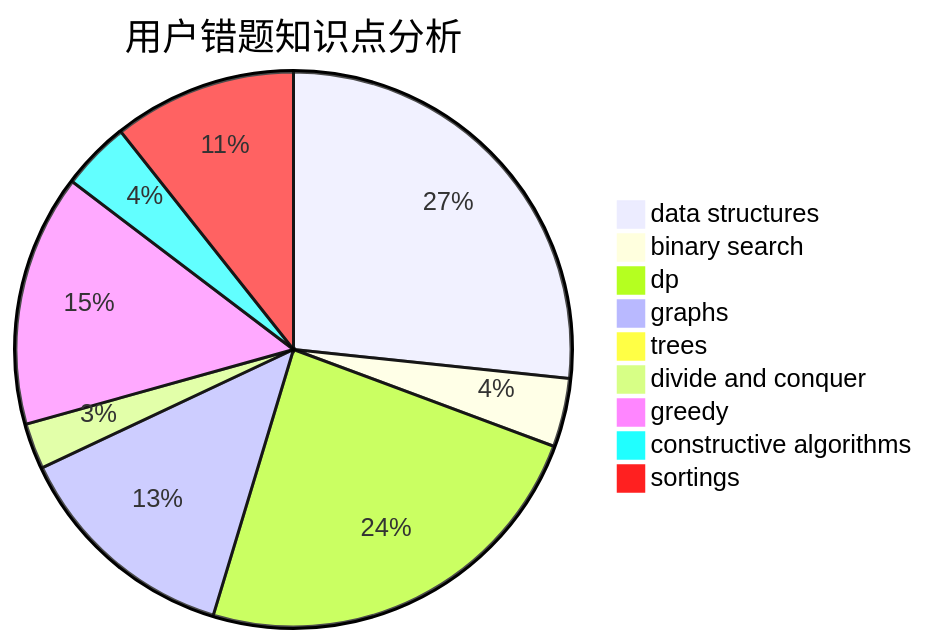
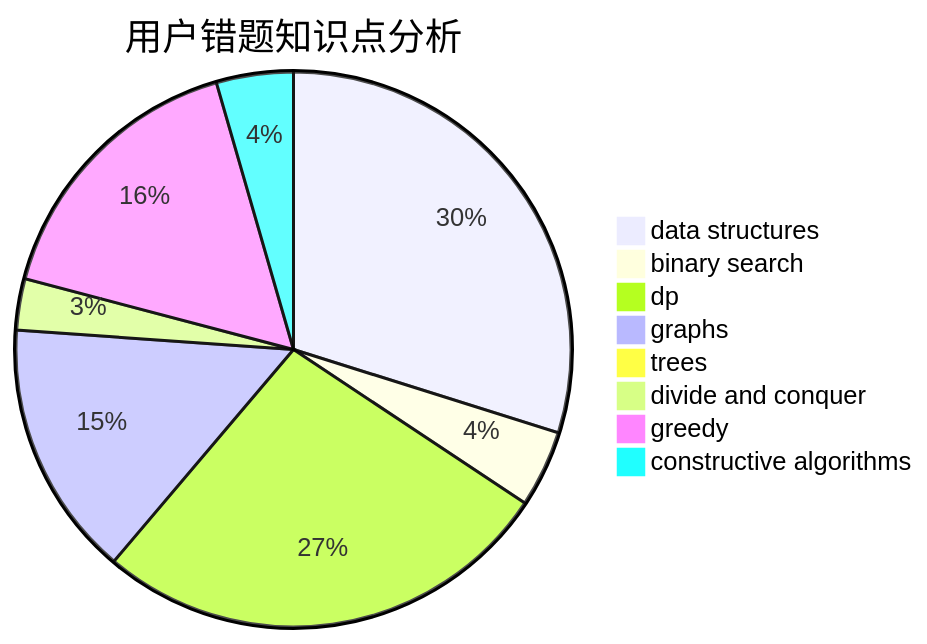
The third of 3 diagrams in docs/user/u1564.md (sherpahu/cfrs.github.io), drawn with Mermaid before and after one commit. The commit also changed other lines of this file and 2769 other files, not shown here.

````diff
--- a/docs/user/u1564.md
+++ b/docs/user/u1564.md
@@ -32,12 +31,11 @@
 ```mermaid
 pie title 用户错题知识点分析
     "data structures" :  20
     "binary search" :  3
     "dp" :  18
     "graphs" :  10
     "trees" :  0
     "divide and conquer" :  2
     "greedy" :  11
     "constructive algorithms" :  3
-    "sortings" :  8
 ```
````
